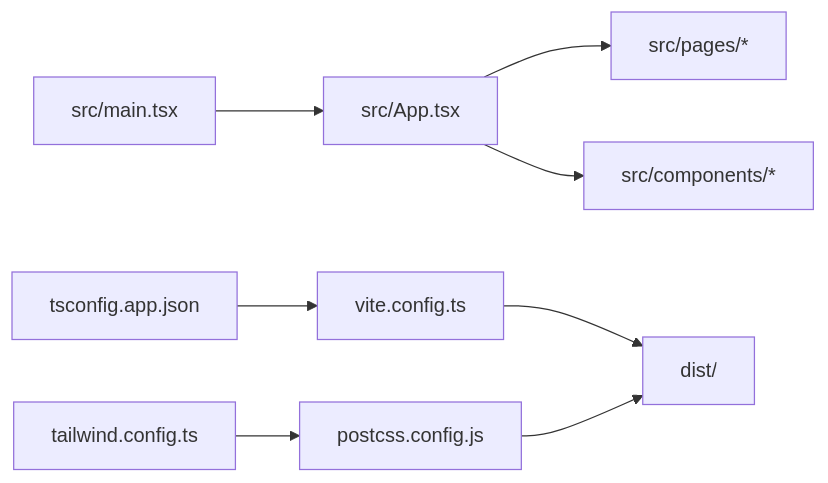
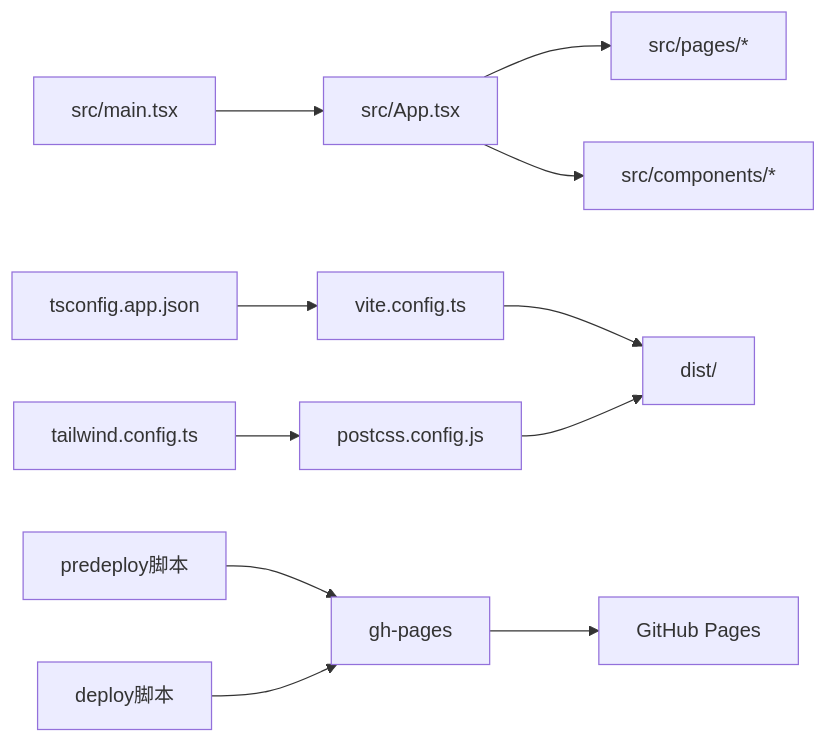
Before and after one commit to InfSky-233/B02: the third of 3 diagrams in .qoder/repowiki/zh/content/构建与部署.md, drawn with Mermaid. The commit also changed other lines of this file and 12 other files, not shown here.

````diff
--- a/.qoder/repowiki/zh/content/构建与部署.md
+++ b/.qoder/repowiki/zh/content/构建与部署.md
@@ -202,10 +232,13 @@
 ```mermaid
 graph LR
 M["src/main.tsx"] --> A["src/App.tsx"]
 A --> P["src/pages/*"]
 A --> C["src/components/*"]
 V["vite.config.ts"] --> D["dist/"]
 T["tsconfig.app.json"] --> V
 TW["tailwind.config.ts"] --> PC["postcss.config.js"]
 PC --> D
+G["gh-pages"] --> HP["GitHub Pages"]
+PD["predeploy脚本"] --> G
+DB["deploy脚本"] --> G
 ```
````
